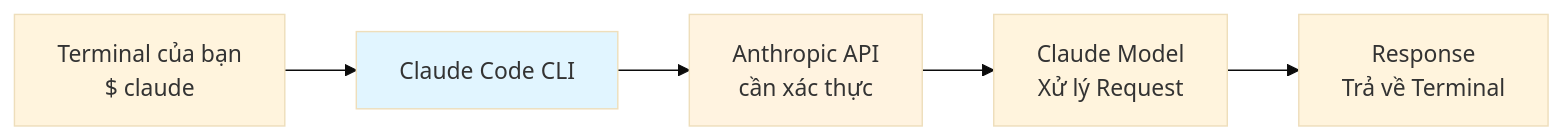
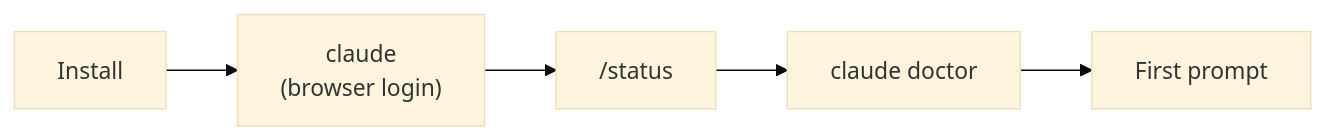
Before and after one commit to ShipWithAI/claude-code-mastery: the diagram in src/content/docs/vi/claude-code/phase-01-foundation/01-installation.md, drawn with Mermaid (base theme). The commit also changed other lines of this file and 1 other file, not shown here.

First line of the commit message:
rewrite(1.1): native installer, auth paths, doctor (audit W2-1)

````diff
--- a/src/content/docs/vi/claude-code/phase-01-foundation/01-installation.md
+++ b/src/content/docs/vi/claude-code/phase-01-foundation/01-installation.md
@@ -43,6 +48,4 @@
 ```mermaid
 graph LR
-    A["Terminal của bạn<br/>$ claude"] --> B["Claude Code CLI"] --> C["Anthropic API<br/>cần xác thực"] --> D["Claude Model<br/>Xử lý Request"] --> E["Response<br/>Trả về Terminal"]
-    style B fill:#e1f5ff
-    style C fill:#fff3e0
+    A[Install] --> B["claude<br/>(browser login)"] --> C["/status"] --> D["claude doctor"] --> E[First prompt]
 ```
````
